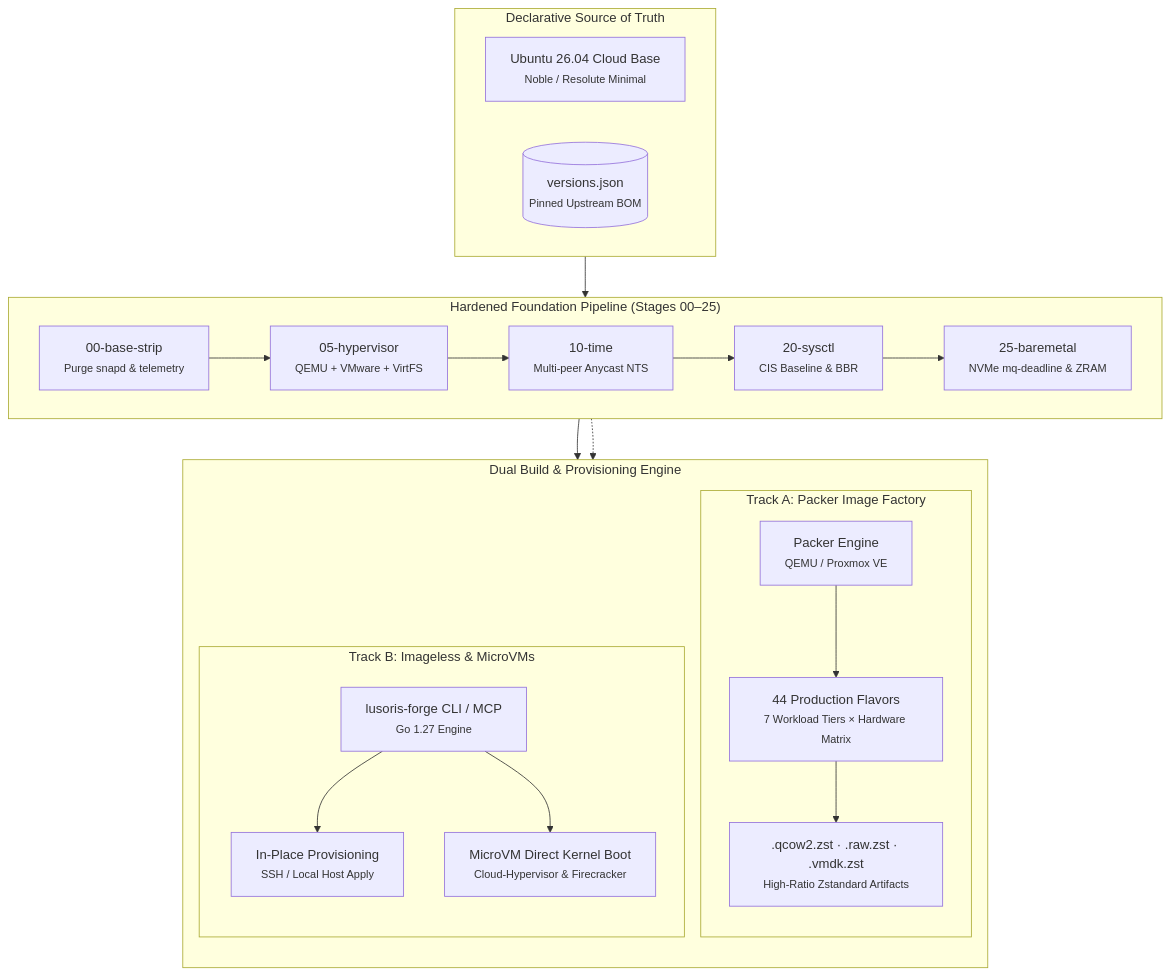
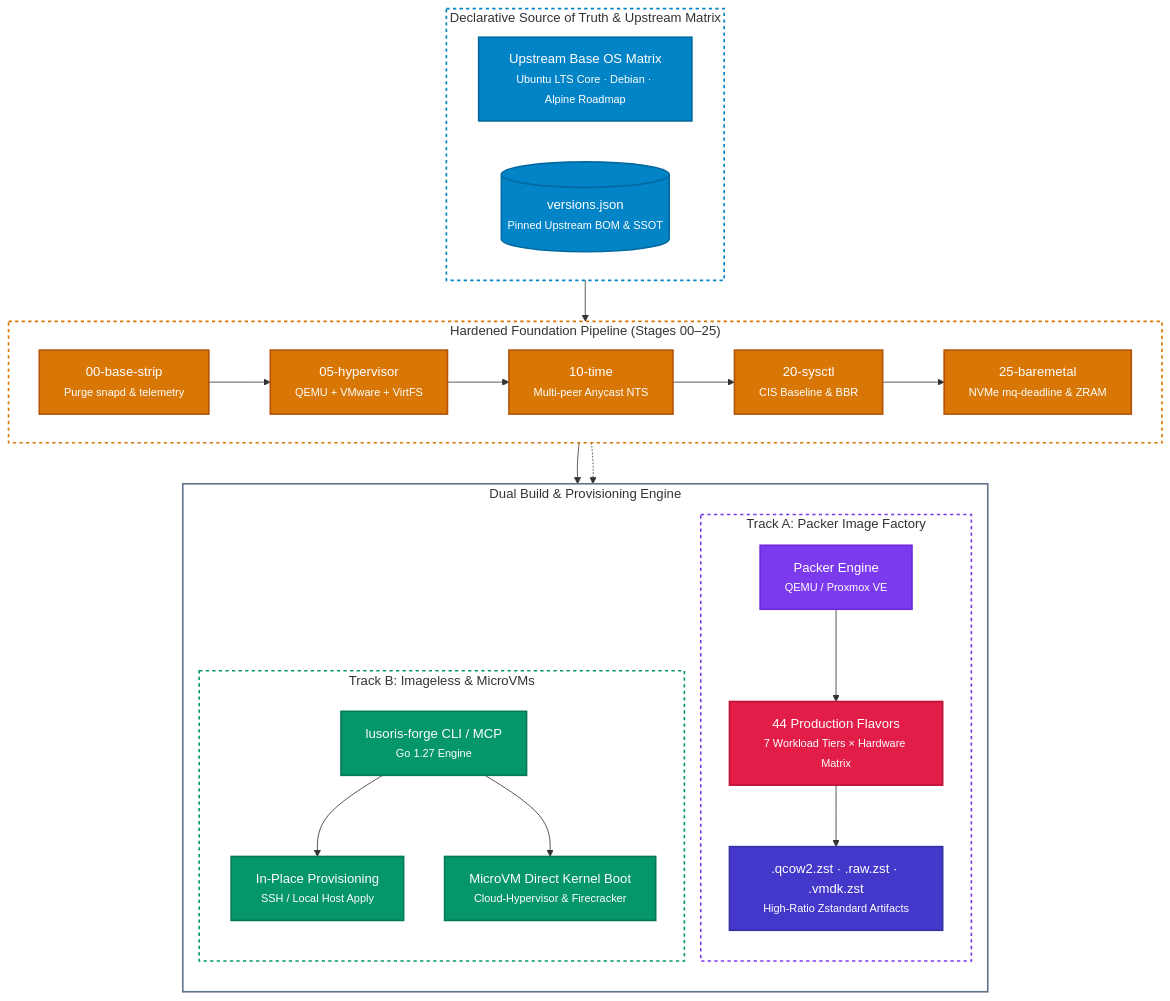
Before and after one commit to lusoris/lusoris-cloud-images: the diagram in README.md, drawn with Mermaid. The commit also changed other lines of this file and 53 other files, not shown here.

First line of the commit message:
feat(agents): implement ai studio managed agents fleet, compliance pipeline, and diagram styling (#24)

````diff
--- a/README.md
+++ b/README.md
@@ -49,34 +50,52 @@
 ```mermaid
 flowchart TD
-    subgraph SSOT["Declarative Source of Truth"]
-        SRC["Ubuntu 26.04 Cloud Base<br/><small>Noble / Resolute Minimal</small>"]
-        BOM[("versions.json<br/><small>Pinned Upstream BOM</small>")]
+    %% Semantic class definitions with vibrant, high-contrast jewel palettes
+    classDef ssot fill:#0284c7,stroke:#0369a1,stroke-width:2px,color:#ffffff
+    classDef foundation fill:#d97706,stroke:#b45309,stroke-width:2px,color:#ffffff
+    classDef packer fill:#7c3aed,stroke:#6d28d9,stroke-width:2px,color:#ffffff
+    classDef imageless fill:#059669,stroke:#047857,stroke-width:2px,color:#ffffff
+    classDef tiers fill:#e11d48,stroke:#be123c,stroke-width:2px,color:#ffffff
+    classDef artifacts fill:#4338ca,stroke:#3730a3,stroke-width:2px,color:#ffffff
+
+    subgraph SSOT["Declarative Source of Truth & Upstream Matrix"]
+        SRC["Upstream Base OS Matrix<br/><small>Ubuntu LTS Core · Debian · Alpine Roadmap</small>"]:::ssot
+        BOM[("versions.json<br/><small>Pinned Upstream BOM & SSOT</small>")]:::ssot
     end
 
     subgraph Foundation["Hardened Foundation Pipeline (Stages 00–25)"]
-        S0["00-base-strip<br/><small>Purge snapd & telemetry</small>"]
-        S1["05-hypervisor<br/><small>QEMU + VMware + VirtFS</small>"]
-        S2["10-time<br/><small>Multi-peer Anycast NTS</small>"]
-        S3["20-sysctl<br/><small>CIS Baseline & BBR</small>"]
-        S4["25-baremetal<br/><small>NVMe mq-deadline & ZRAM</small>"]
+        S0["00-base-strip<br/><small>Purge snapd & telemetry</small>"]:::foundation
+        S1["05-hypervisor<br/><small>QEMU + VMware + VirtFS</small>"]:::foundation
+        S2["10-time<br/><small>Multi-peer Anycast NTS</small>"]:::foundation
+        S3["20-sysctl<br/><small>CIS Baseline & BBR</small>"]:::foundation
+        S4["25-baremetal<br/><small>NVMe mq-deadline & ZRAM</small>"]:::foundation
         S0 --> S1 --> S2 --> S3 --> S4
     end
 
     subgraph DualPath["Dual Build & Provisioning Engine"]
         direction TB
         subgraph TrackPacker["Track A: Packer Image Factory"]
-            PE["Packer Engine<br/><small>QEMU / Proxmox VE</small>"]
-            PE --> Tiers["44 Production Flavors<br/><small>7 Workload Tiers × Hardware Matrix</small>"]
-            Tiers --> Artifacts[".qcow2.zst · .raw.zst · .vmdk.zst<br/><small>High-Ratio Zstandard Artifacts</small>"]
+            PE["Packer Engine<br/><small>QEMU / Proxmox VE</small>"]:::packer
+            Tiers["44 Production Flavors<br/><small>7 Workload Tiers × Hardware Matrix</small>"]:::tiers
+            Artifacts[".qcow2.zst · .raw.zst · .vmdk.zst<br/><small>High-Ratio Zstandard Artifacts</small>"]:::artifacts
+            PE --> Tiers
+            Tiers --> Artifacts
         end
         subgraph TrackImageless["Track B: Imageless & MicroVMs"]
-            CLI["lusoris-forge CLI / MCP<br/><small>Go 1.27 Engine</small>"]
-            CLI --> Apply["In-Place Provisioning<br/><small>SSH / Local Host Apply</small>"]
-            CLI --> Boot["MicroVM Direct Kernel Boot<br/><small>Cloud-Hypervisor & Firecracker</small>"]
+            CLI["lusoris-forge CLI / MCP<br/><small>Go 1.27 Engine</small>"]:::imageless
+            Apply["In-Place Provisioning<br/><small>SSH / Local Host Apply</small>"]:::imageless
+            Boot["MicroVM Direct Kernel Boot<br/><small>Cloud-Hypervisor & Firecracker</small>"]:::imageless
+            CLI --> Apply
+            CLI --> Boot
         end
     end
 
     SSOT --> Foundation
     Foundation --> PE
     Foundation -.-> CLI
+
+    style SSOT fill:none,stroke:#0284c7,stroke-width:2px,stroke-dasharray: 4 4
+    style Foundation fill:none,stroke:#d97706,stroke-width:2px,stroke-dasharray: 4 4
+    style TrackPacker fill:none,stroke:#7c3aed,stroke-width:2px,stroke-dasharray: 4 4
+    style TrackImageless fill:none,stroke:#059669,stroke-width:2px,stroke-dasharray: 4 4
+    style DualPath fill:none,stroke:#64748b,stroke-width:2px
 ```
````
